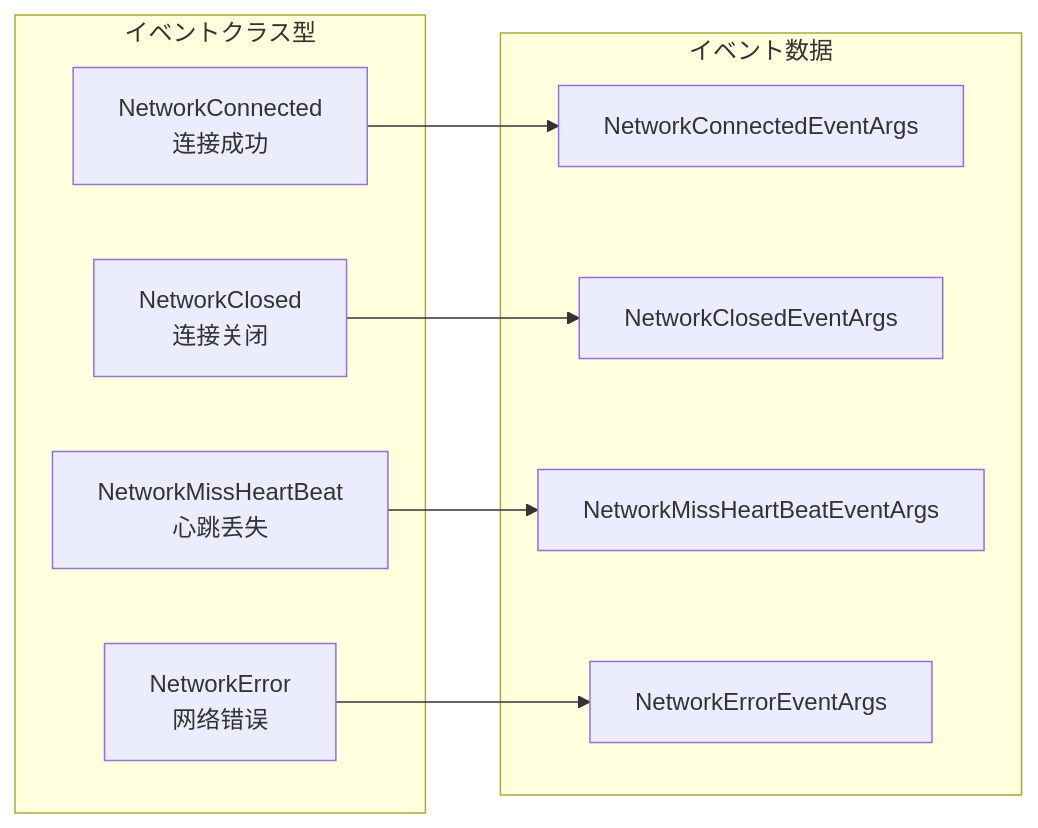
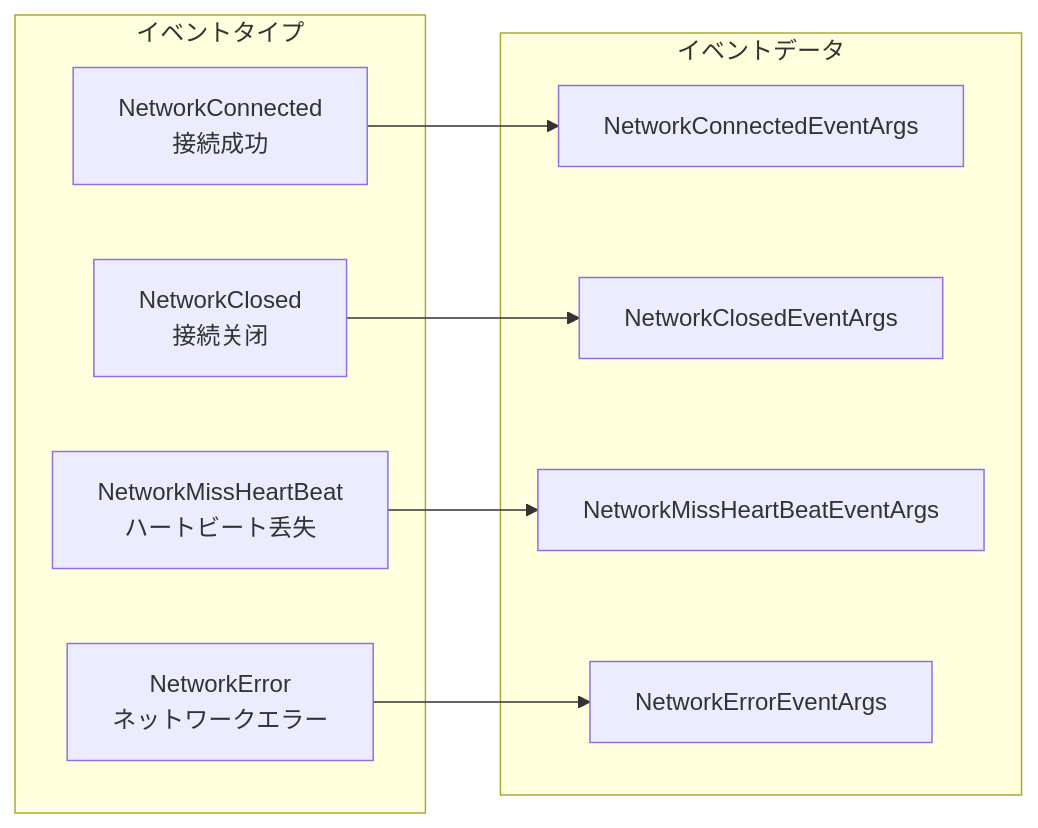
One commit to AlianBlank/GameFrameX.Docs changed the third of 3 diagrams in docs/ja/client/unity/component/network/04.network-manager.md. Above: the diagram before and after it, drawn with Mermaid. The commit also changed other lines of this file and 320 other files, not shown here.

````diff
--- a/docs/ja/client/unity/component/network/04.network-manager.md
+++ b/docs/ja/client/unity/component/network/04.network-manager.md
@@ -204,21 +204,21 @@
 ```mermaid
 flowchart LR
-    subgraph Events["イベントクラス型"]
-        NC[NetworkConnected<br/>连接成功]
-        NCC[NetworkClosed<br/>连接关闭]
-        NMHB[NetworkMissHeartBeat<br/>心跳丢失]
-        NE[NetworkError<br/>网络错误]
+    subgraph Events["イベントタイプ"]
+        NC[NetworkConnected<br/>接続成功]
+        NCC[NetworkClosed<br/>接続关闭]
+        NMHB[NetworkMissHeartBeat<br/>ハートビート丢失]
+        NE[NetworkError<br/>ネットワークエラー]
     end
     
-    subgraph Data["イベント数据"]
+    subgraph Data["イベントデータ"]
         E1[NetworkConnectedEventArgs]
         E2[NetworkClosedEventArgs]
         E3[NetworkMissHeartBeatEventArgs]
         E4[NetworkErrorEventArgs]
     end
     
     NC --> E1
     NCC --> E2
     NMHB --> E3
     NE --> E4
 ```
````
